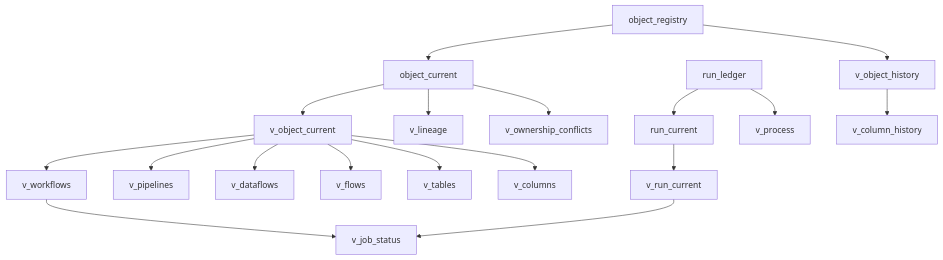
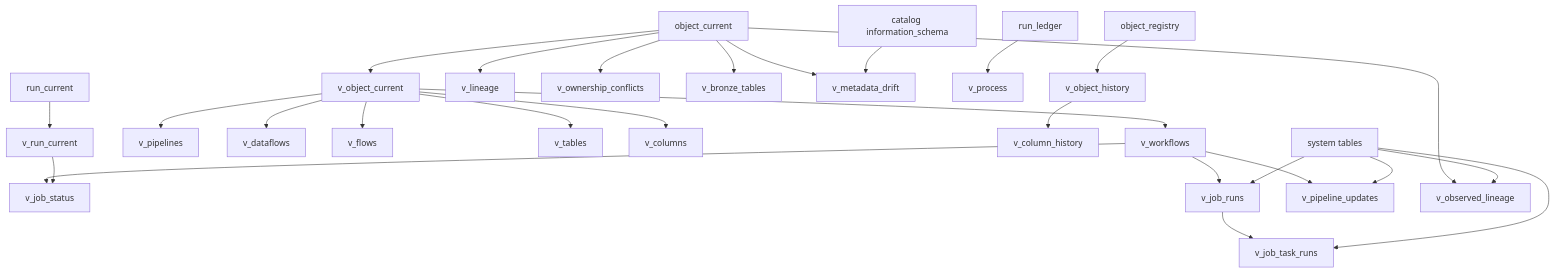
One commit to NitinKeshavB/framework changed the eighth of 8 diagrams in framework_docs/ARCHITECTURE.md. Above: the diagram before and after it, drawn with Mermaid. The commit also changed other lines of this file and 6 other files, not shown here.

Commit message:
docs: end-to-end flows and full data model

````diff
--- a/framework_docs/ARCHITECTURE.md
+++ b/framework_docs/ARCHITECTURE.md
@@ -122,24 +312,29 @@
 ```mermaid
 flowchart TD
-  object_registry[object_registry]
-  object_current[object_current]
-  run_ledger[run_ledger]
-  run_current[run_current]
-  object_registry --> object_current
   object_registry --> v_object_history
   object_current --> v_object_current
   object_current --> v_lineage
   object_current --> v_ownership_conflicts
+  object_current --> v_bronze_tables
+  object_current --> v_metadata_drift
+  information_schema[catalog information_schema] --> v_metadata_drift
   v_object_current --> v_workflows
   v_object_current --> v_pipelines
   v_object_current --> v_dataflows
   v_object_current --> v_flows
   v_object_current --> v_tables
   v_object_current --> v_columns
   v_object_history --> v_column_history
-  run_ledger --> run_current
   run_ledger --> v_process
   run_current --> v_run_current
   v_workflows --> v_job_status
   v_run_current --> v_job_status
+  v_workflows --> v_job_runs
+  v_workflows --> v_pipeline_updates
+  v_job_runs --> v_job_task_runs
+  object_current --> v_observed_lineage
+  system_tables[system tables] --> v_job_runs
+  system_tables --> v_job_task_runs
+  system_tables --> v_pipeline_updates
+  system_tables --> v_observed_lineage
 ```
````
